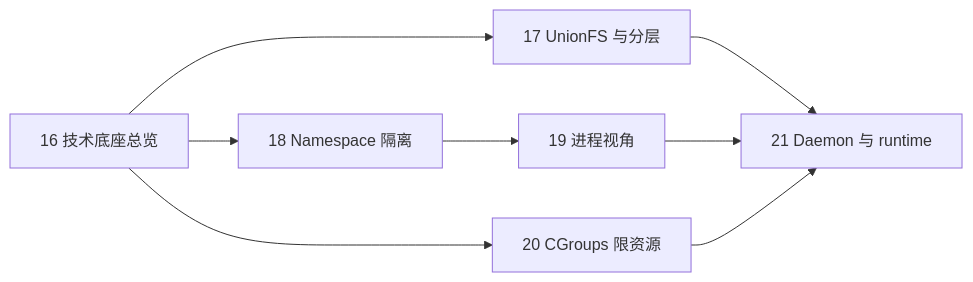
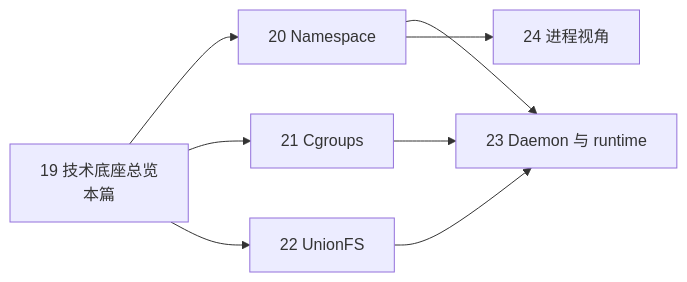
The diagram in src/云原生/docker/docker-19-tech-foundation.md (langkemaoxin/langkemaoxin.github.io), drawn with Mermaid before and after one commit. The commit also changed other lines of this file and 11 other files, not shown here.

````diff
--- a/src/云原生/docker/docker-19-tech-foundation.md
+++ b/src/云原生/docker/docker-19-tech-foundation.md
@@ -268,10 +534,10 @@
 ```mermaid
 flowchart LR
-    A[16 技术底座总览] --> B[17 UnionFS 与分层]
-    A --> C[18 Namespace 隔离]
-    C --> D[19 进程视角]
-    A --> E[20 CGroups 限资源]
-    B --> F[21 Daemon 与 runtime]
-    D --> F
-    E --> F
+    A[19 技术底座总览<br>本篇] --> B[20 Namespace]
+    A --> C[21 Cgroups]
+    A --> D[22 UnionFS]
+    B --> E[23 Daemon 与 runtime]
+    C --> E
+    D --> E
+    B --> F[24 进程视角]
 ```
````
